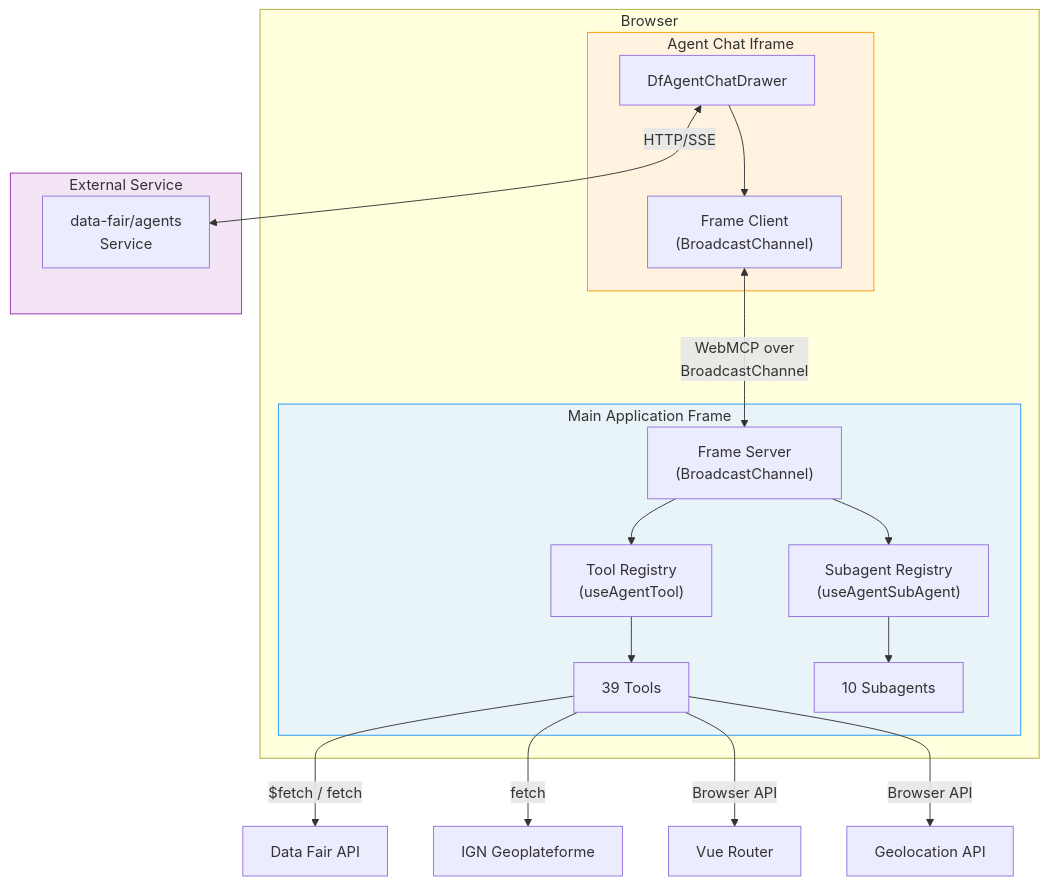
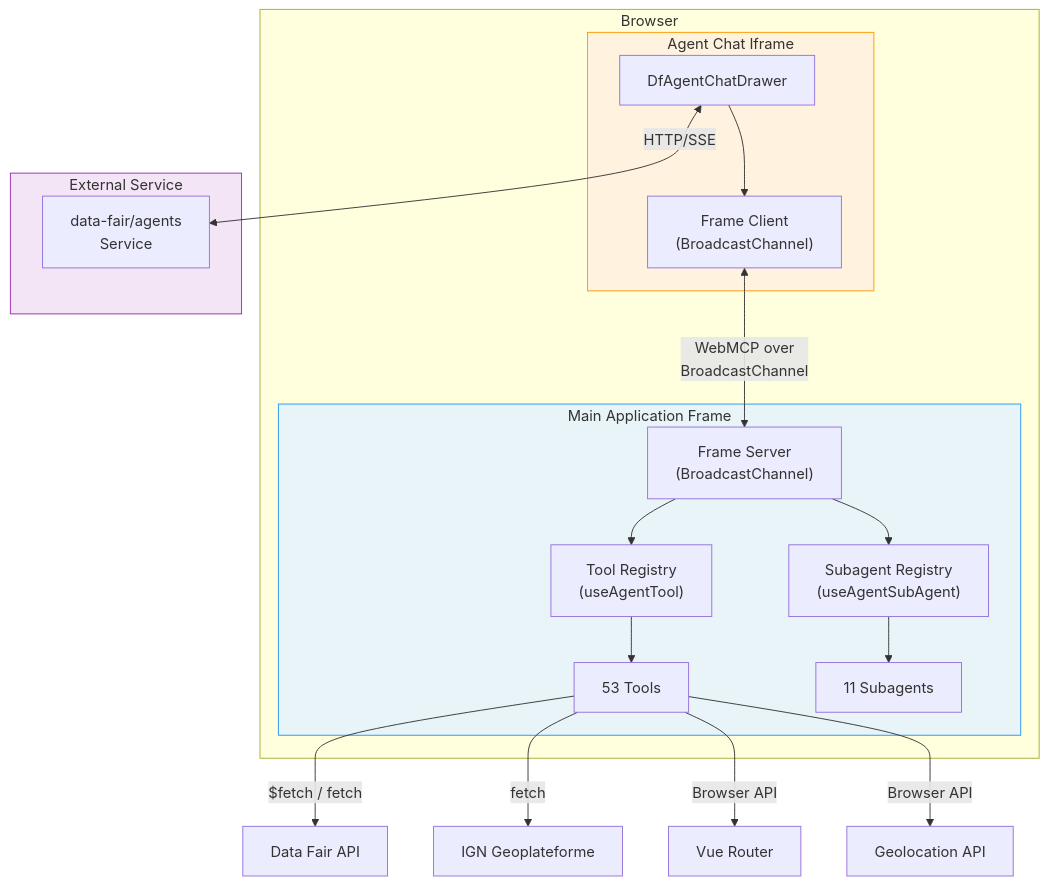
One commit to data-fair/data-fair changed the first of 3 diagrams in docs/architecture/agent-integration.md. Above: the diagram before and after it, drawn with Mermaid. The commit also changed other lines of this file and 52 other files, not shown here.

````diff
--- a/docs/architecture/agent-integration.md
+++ b/docs/architecture/agent-integration.md
@@ -37,34 +37,34 @@
 ```mermaid
 graph TB
     subgraph Browser
         subgraph MainFrame["Main Application Frame"]
             FS["Frame Server<br/>(BroadcastChannel)"]
             TR["Tool Registry<br/>(useAgentTool)"]
             SR["Subagent Registry<br/>(useAgentSubAgent)"]
-            Tools["39 Tools"]
-            SubAgents["10 Subagents"]
+            Tools["53 Tools"]
+            SubAgents["11 Subagents"]
             TR --> Tools
             SR --> SubAgents
             FS --> TR
             FS --> SR
         end
         subgraph ChatIframe["Agent Chat Iframe"]
             CD["DfAgentChatDrawer"]
             FC["Frame Client<br/>(BroadcastChannel)"]
             CD --> FC
         end
         FC <-->|"WebMCP over<br/>BroadcastChannel"| FS
     end
     subgraph External["External Service"]
         AS["data-fair/agents<br/>Service"]
     end
     CD <-->|"HTTP/SSE"| AS
     Tools -->|"$fetch / fetch"| API["Data Fair API"]
     Tools -->|"fetch"| GEO["IGN Geoplateforme"]
     Tools -->|"Browser API"| NAV["Vue Router"]
     Tools -->|"Browser API"| GEOLOC["Geolocation API"]
 
     style MainFrame fill:#e8f4f8,stroke:#2196F3
     style ChatIframe fill:#fff3e0,stroke:#FF9800
     style External fill:#f3e5f5,stroke:#9C27B0
 ```
````
